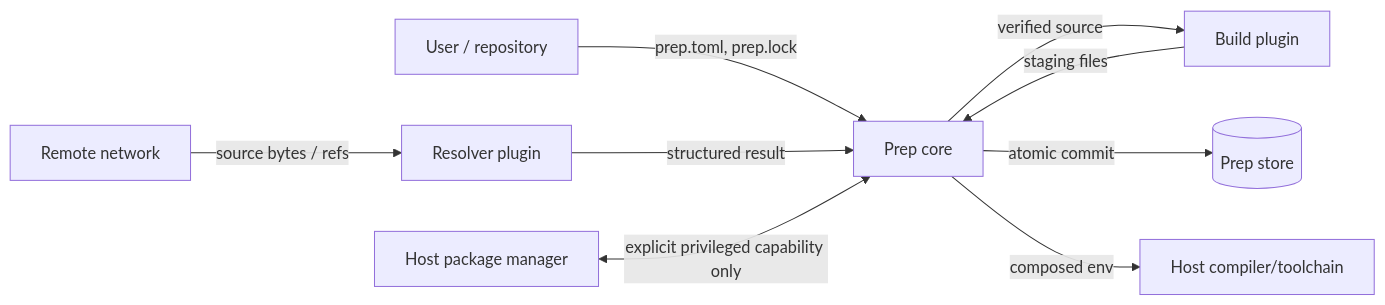
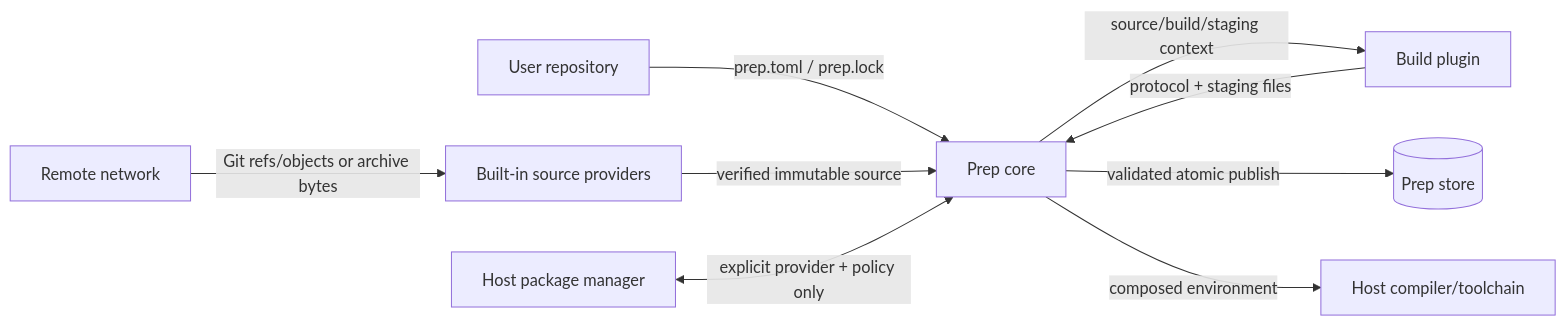
The second of 2 diagrams in docs/design/prep-2.md (ryjen/prep), drawn with Mermaid before and after one commit. The commit also changed other lines of this file, not shown here.

Commit message:
docs: reconcile Prep 2 architecture with accepted proposals

````diff
--- a/docs/design/prep-2.md
+++ b/docs/design/prep-2.md
@@ -338,11 +389,11 @@
 ```mermaid
 flowchart LR
-    U[User / repository] -->|prep.toml, prep.lock| C[Prep core]
-    N[Remote network] -->|source bytes / refs| R[Resolver plugin]
-    R -->|structured result| C
-    C -->|verified source| B[Build plugin]
-    B -->|staging files| C
-    C -->|atomic commit| S[(Prep store)]
-    C -->|composed env| H[Host compiler/toolchain]
-    HP[Host package manager] <-->|explicit privileged capability only| C
+    U[User repository] -->|prep.toml / prep.lock| C[Prep core]
+    N[Remote network] -->|Git refs/objects or archive bytes| S[Built-in source providers]
+    S -->|verified immutable source| C
+    C -->|source/build/staging context| B[Build plugin]
+    B -->|protocol + staging files| C
+    C -->|validated atomic publish| ST[(Prep store)]
+    C -->|composed environment| H[Host compiler/toolchain]
+    HP[Host package manager] <-->|explicit provider + policy only| C
 ```
````
